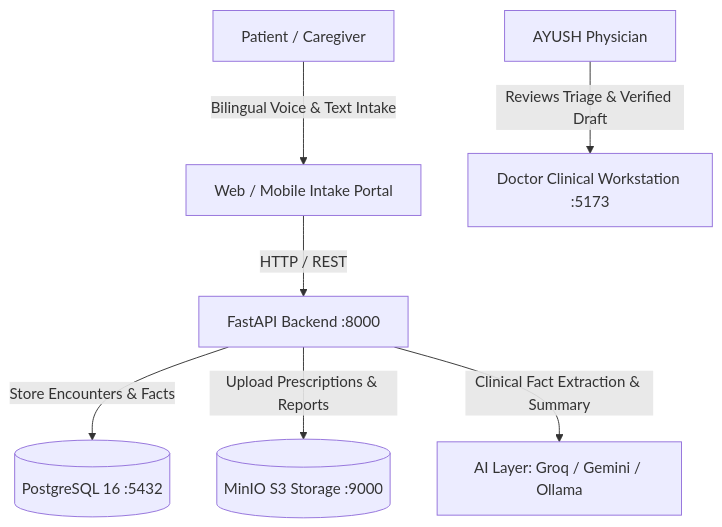
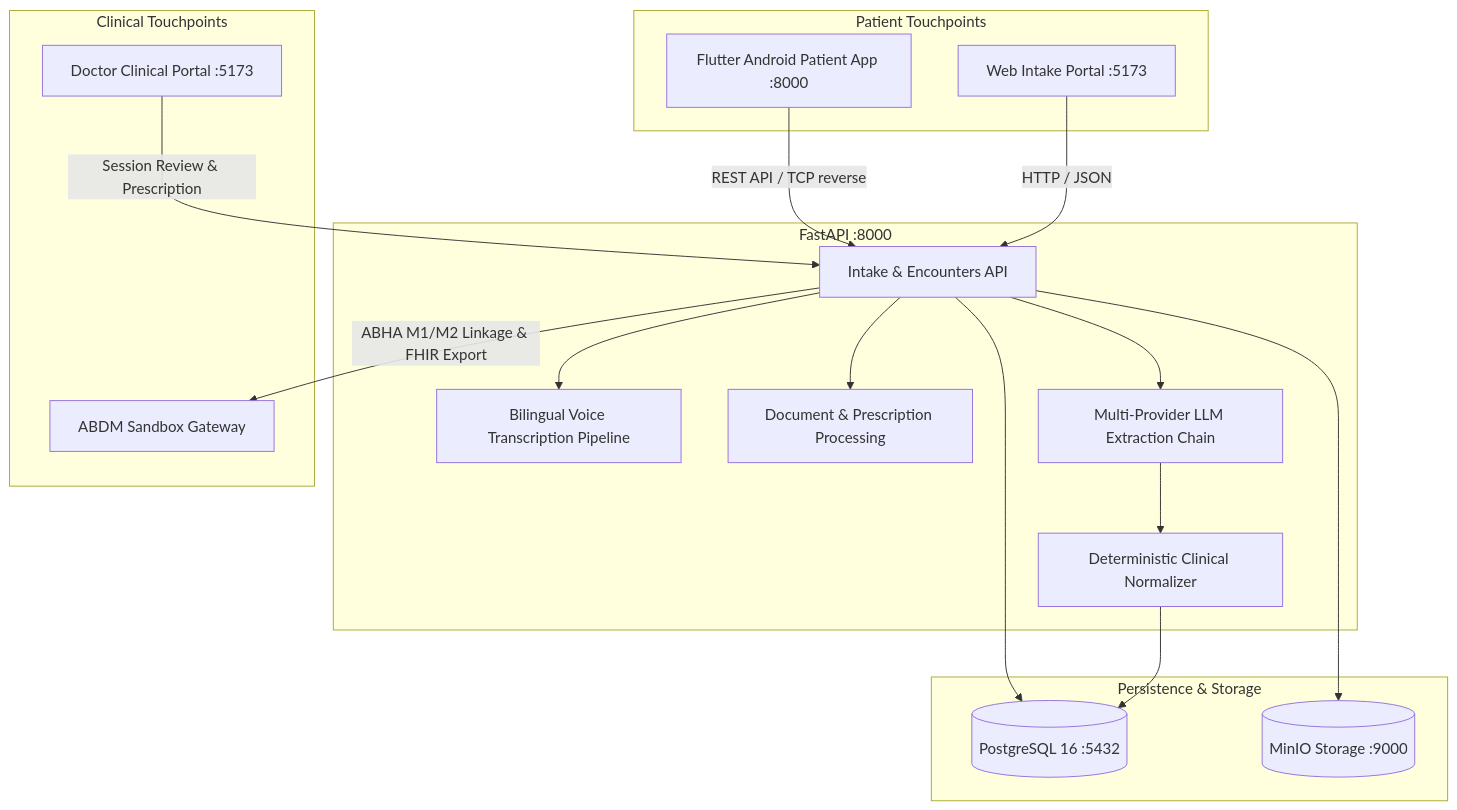
One commit to harshkoli1255/Swasthya-Saathi changed the diagram in README.md. Above: the diagram before and after it, drawn with Mermaid. The commit also changed other lines of this file and 116 other files, not shown here.

First line of the commit message:
feat(system): comprehensive Flowstep redesign, README documentation, and system hardening

````diff
--- a/README.md
+++ b/README.md
@@ -31,9 +39,37 @@
 ```mermaid
 graph TD
-    Patient[Patient / Caregiver] -->|Bilingual Voice & Text Intake| WebPatient[Web / Mobile Intake Portal]
-    WebPatient -->|HTTP / REST| API[FastAPI Backend :8000]
-    API -->|Store Encounters & Facts| DB[(PostgreSQL 16 :5432)]
-    API -->|Upload Prescriptions & Reports| MinIO[(MinIO S3 Storage :9000)]
-    API -->|Clinical Fact Extraction & Summary| LLM[AI Layer: Groq / Gemini / Ollama]
-    Doctor[AYUSH Physician] -->|Reviews Triage & Verified Draft| DoctorPortal[Doctor Clinical Workstation :5173]
+    subgraph Patient Touchpoints
+        Mobile[Flutter Android Patient App :8000]
+        WebPatient[Web Intake Portal :5173]
+    end
+
+    subgraph Backend Core [FastAPI :8000]
+        API[Intake & Encounters API]
+        ASR[Bilingual Voice Transcription Pipeline]
+        OCR[Document & Prescription Processing]
+        LLM[Multi-Provider LLM Extraction Chain]
+        TriageEngine[Deterministic Clinical Normalizer]
+    end
+
+    subgraph Persistence & Storage
+        DB[(PostgreSQL 16 :5432)]
+        S3[(MinIO Storage :9000)]
+    end
+
+    subgraph Clinical Touchpoints
+        DoctorWorkstation[Doctor Clinical Portal :5173]
+        ABDMGateway[ABDM Sandbox Gateway]
+    end
+
+    Mobile -->|REST API / TCP reverse| API
+    WebPatient -->|HTTP / JSON| API
+    API --> DB
+    API --> S3
+    API --> ASR
+    API --> OCR
+    API --> LLM
+    LLM --> TriageEngine
+    TriageEngine --> DB
+    DoctorWorkstation -->|Session Review & Prescription| API
+    API -->|ABHA M1/M2 Linkage & FHIR Export| ABDMGateway
 ```
````
